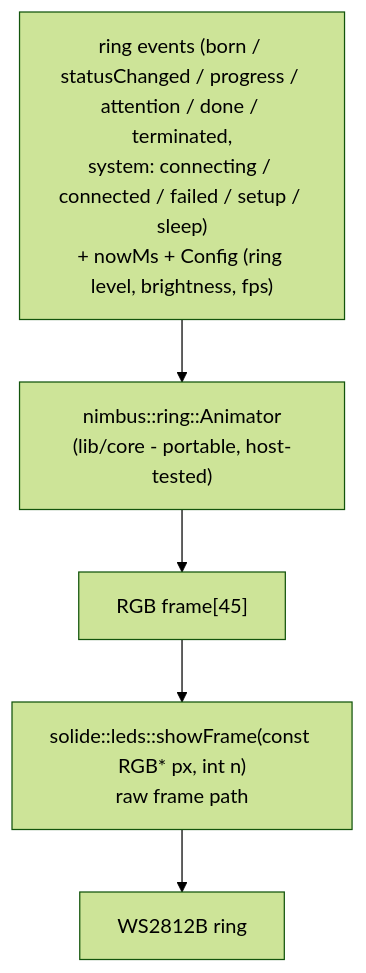
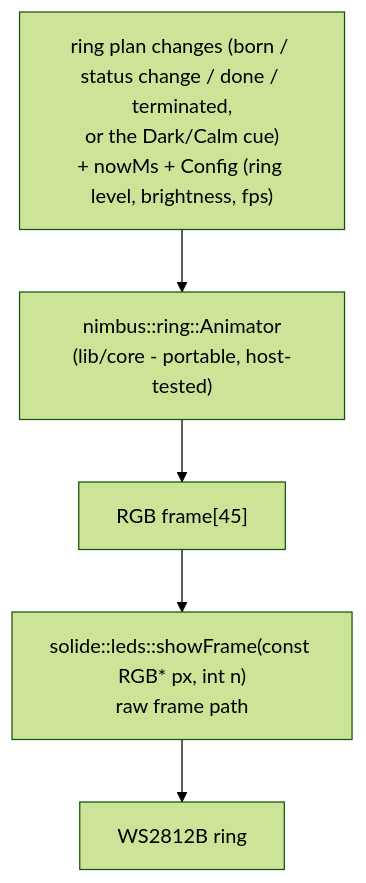
Before and after one commit to ristllin/Nimbus: the diagram in docs/led-ux.md, drawn with Mermaid (forest theme). The commit also changed other lines of this file and 12 other files, not shown here.

````diff
--- a/docs/led-ux.md
+++ b/docs/led-ux.md
@@ -150,8 +152,8 @@
 ```mermaid
 flowchart TD
-  EV["ring events (born / statusChanged / progress / attention / done / terminated,<br/>system: connecting / connected / failed / setup / sleep)<br/>+ nowMs + Config (ring level, brightness, fps)"]
+  EV["ring plan changes (born / status change / done / terminated,<br/>or the Dark/Calm cue)<br/>+ nowMs + Config (ring level, brightness, fps)"]
   EV --> AN["nimbus::ring::Animator<br/>(lib/core - portable, host-tested)"]
   AN --> FR["RGB frame[45]"]
   FR --> SF["solide::leds::showFrame(const RGB* px, int n)<br/>raw frame path"]
   SF --> WS["WS2812B ring"]
 ```
````
